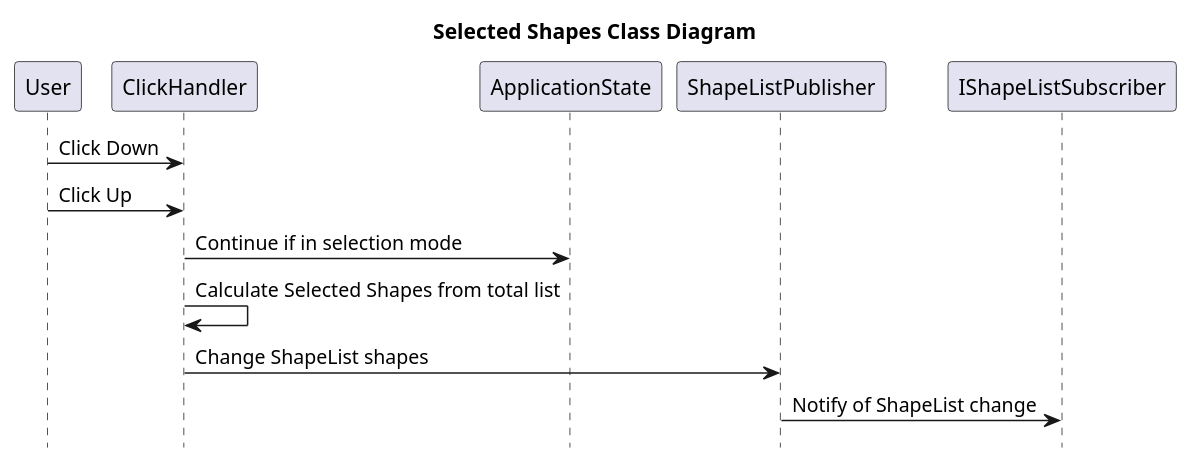
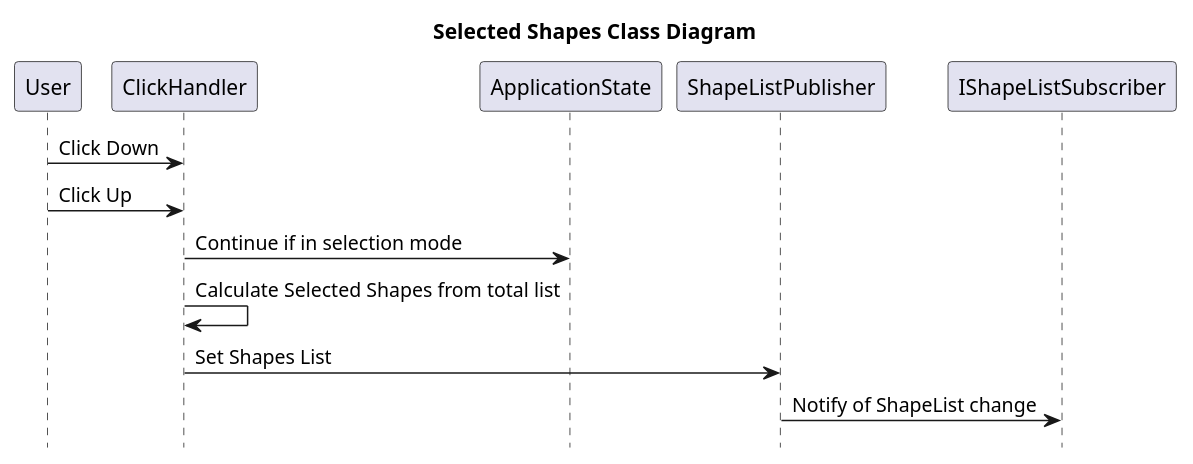
The diagram in documentation/shape list observer sequence diagram.plantuml (johnsmillie-portfolio/SE450-JPaint), drawn with PlantUML before and after one commit. The commit also changed 1 other file, not shown here.

```diff
--- a/documentation/shape list observer sequence diagram.plantuml
+++ b/documentation/shape list observer sequence diagram.plantuml
@@ -1,12 +1,12 @@
 @startuml Shape List Observer sequence diagram
 title Selected Shapes Class Diagram
 hide footbox
 
 User -> ClickHandler : Click Down
 User -> ClickHandler : Click Up
 ClickHandler -> ApplicationState : Continue if in selection mode
 ClickHandler -> ClickHandler: Calculate Selected Shapes from total list
-ClickHandler -> ShapeListPublisher: Change ShapeList shapes 
+ClickHandler -> ShapeListPublisher: Set Shapes List 
 ShapeListPublisher -> IShapeListSubscriber: Notify of ShapeList change
 
 @enduml
```
